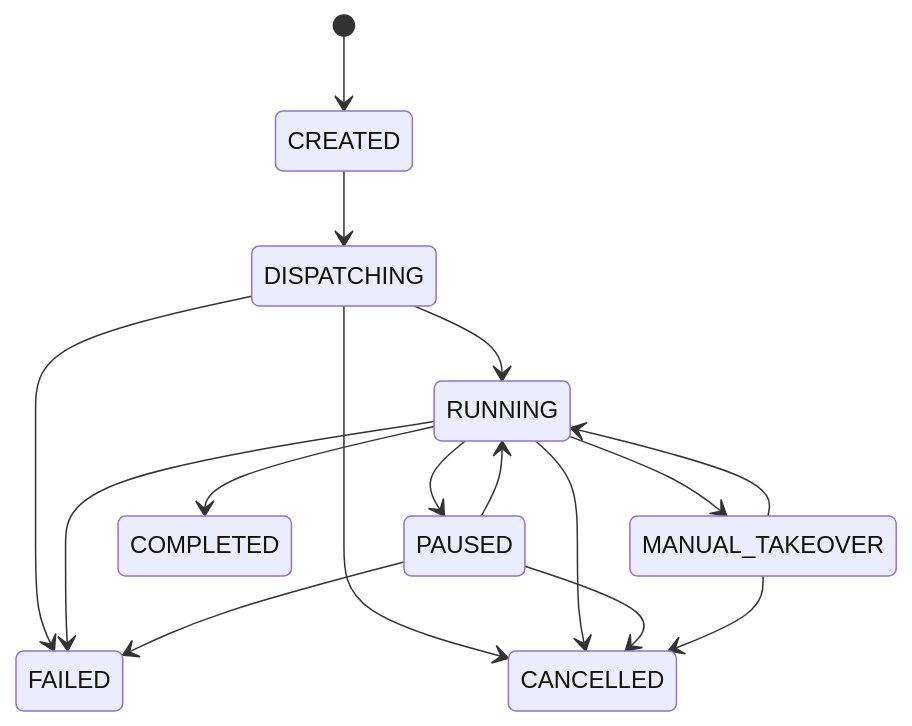
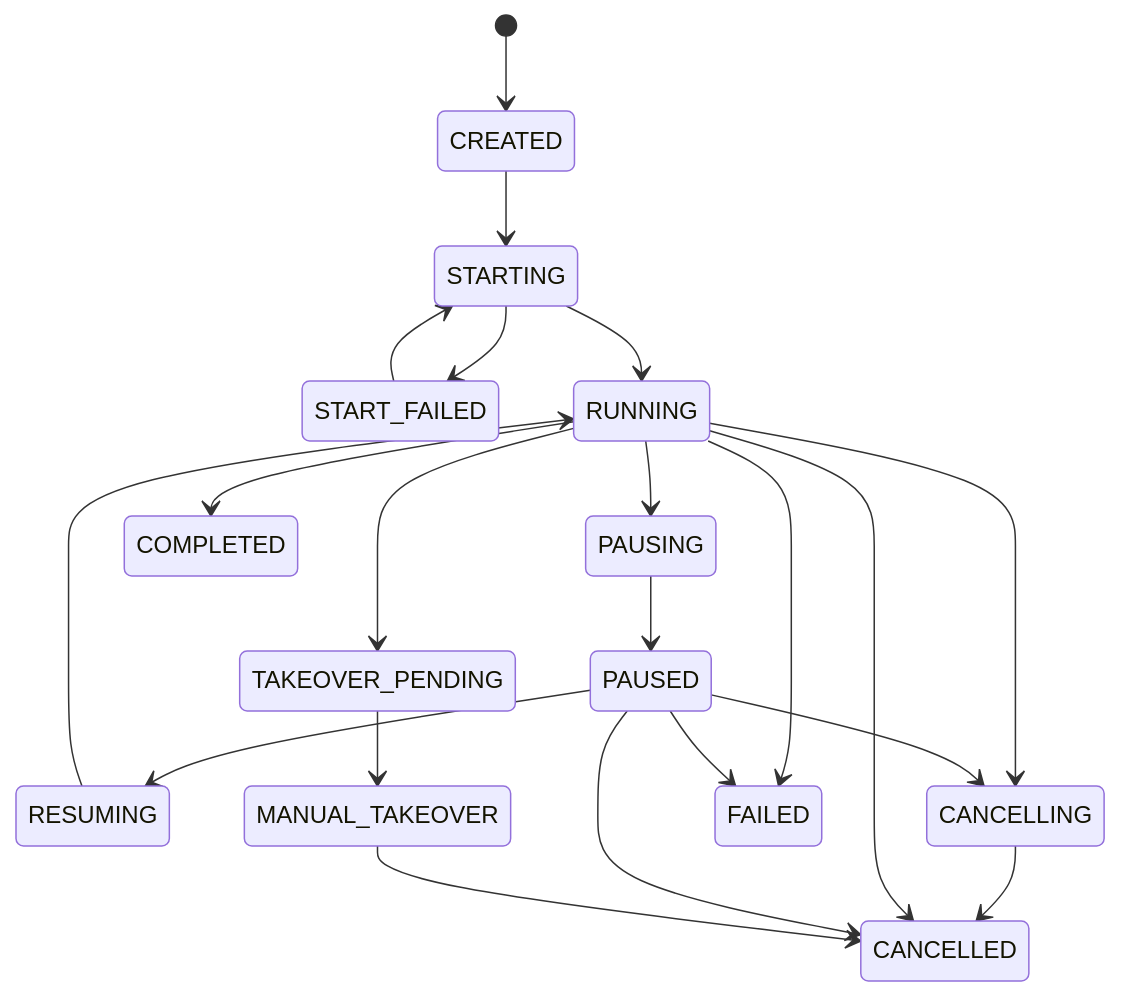
One commit to waangzh/Intelligent-Power-Inspection changed the second of 2 diagrams in docs/integration/state-event-contract.md. Above: the diagram before and after it, drawn with Mermaid. The commit also changed other lines of this file and 24 other files, not shown here.

````diff
--- a/docs/integration/state-event-contract.md
+++ b/docs/integration/state-event-contract.md
@@ -26,18 +26,23 @@
 ```mermaid
 stateDiagram-v2
     [*] --> CREATED
-    CREATED --> DISPATCHING
-    DISPATCHING --> RUNNING
-    RUNNING --> PAUSED
-    PAUSED --> RUNNING
-    RUNNING --> MANUAL_TAKEOVER
-    MANUAL_TAKEOVER --> RUNNING
+    CREATED --> STARTING
+    START_FAILED --> STARTING
+    STARTING --> RUNNING
+    RUNNING --> PAUSING
+    PAUSING --> PAUSED
+    PAUSED --> RESUMING
+    RESUMING --> RUNNING
+    RUNNING --> TAKEOVER_PENDING
+    TAKEOVER_PENDING --> MANUAL_TAKEOVER
+    RUNNING --> CANCELLING
+    PAUSED --> CANCELLING
+    CANCELLING --> CANCELLED
     RUNNING --> COMPLETED
-    DISPATCHING --> FAILED
-    DISPATCHING --> CANCELLED
+    STARTING --> START_FAILED
     RUNNING --> FAILED
     RUNNING --> CANCELLED
     PAUSED --> FAILED
     PAUSED --> CANCELLED
     MANUAL_TAKEOVER --> CANCELLED
 ```
````
